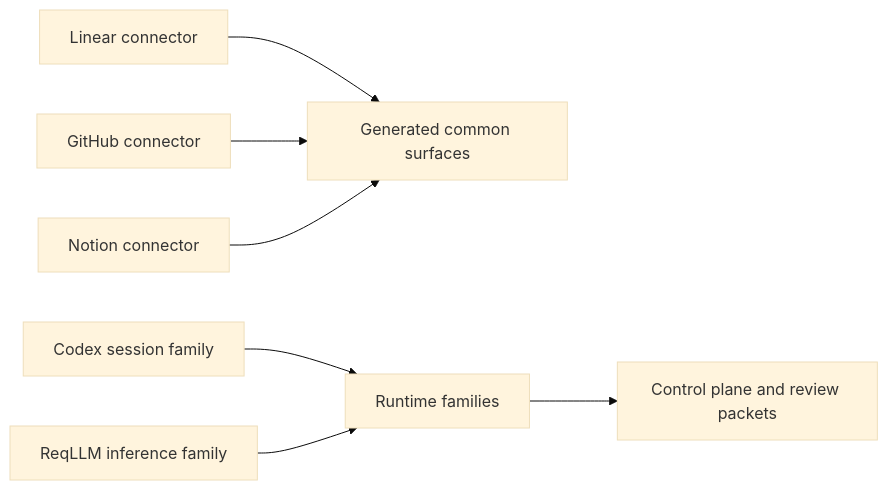
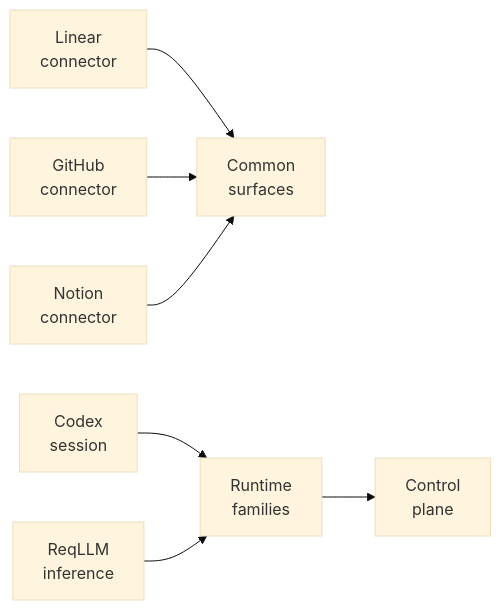
One commit to agentjido/jido_integration changed the second of 2 diagrams in README.md. Above: the diagram before and after it, drawn with Mermaid (base theme). The commit also changed other lines of this file, not shown here.

Commit message:
docs: wrap README Mermaid labels

````diff
--- a/README.md
+++ b/README.md
@@ -136,9 +136,9 @@
 ```mermaid
 flowchart LR
-  Linear["Linear connector"] --> Common["Generated common surfaces"]
-  GitHub["GitHub connector"] --> Common
-  Notion["Notion connector"] --> Common
-  Codex["Codex session family"] --> Runtime["Runtime families"]
-  Inference["ReqLLM inference family"] --> Runtime
-  Runtime --> Platform["Control plane and review packets"]
+  Linear["Linear<br/>connector"] --> Common["Common<br/>surfaces"]
+  GitHub["GitHub<br/>connector"] --> Common
+  Notion["Notion<br/>connector"] --> Common
+  Codex["Codex<br/>session"] --> Runtime["Runtime<br/>families"]
+  Inference["ReqLLM<br/>inference"] --> Runtime
+  Runtime --> Platform["Control<br/>plane"]
 ```
````
